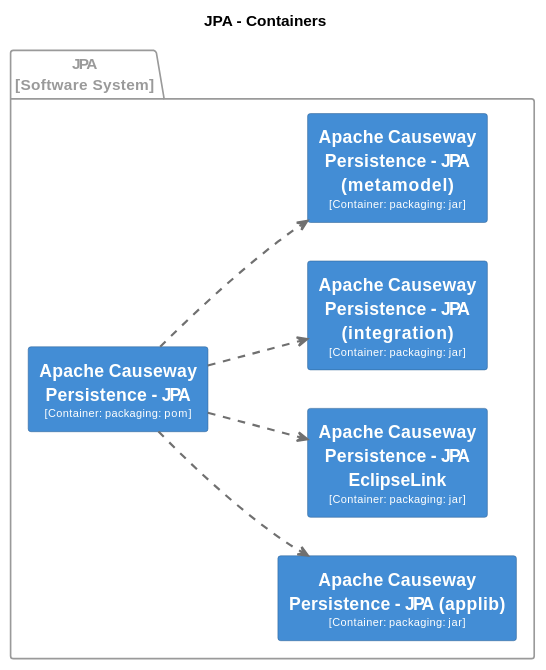
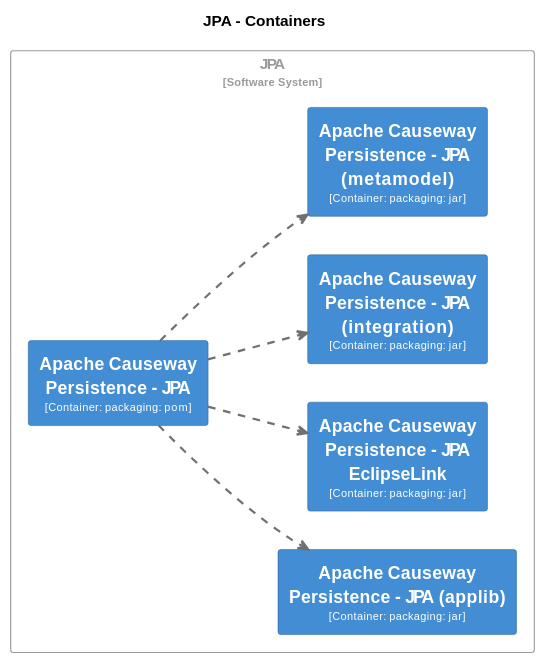
Before and after one commit to apache/causeway: the tenth of 31 diagrams in core/adoc/modules/_overview/pages/about.adoc, drawn with PlantUML. The commit also changed other lines of this file and 4 other files, not shown here.

```diff
--- a/core/adoc/modules/_overview/pages/about.adoc
+++ b/core/adoc/modules/_overview/pages/about.adoc
@@ -2063,61 +2305,61 @@
 [plantuml,JPA,svg]
 ----
 @startuml
 set separator none
 title JPA - Containers
 
 left to right direction
 
 skinparam {
   shadowing false
   arrowFontSize 10
   defaultTextAlignment center
   wrapWidth 200
   maxMessageSize 100
 }
 
 hide stereotype
 
 skinparam rectangle<<JPA.ApacheCausewayPersistenceJPA>> {
   BackgroundColor #438dd5
   FontColor #fffffe
   BorderColor #2e6295
 }
 skinparam rectangle<<JPA.ApacheCausewayPersistenceJPAapplib>> {
   BackgroundColor #438dd5
   FontColor #fffffe
   BorderColor #2e6295
 }
 skinparam rectangle<<JPA.ApacheCausewayPersistenceJPAintegration>> {
   BackgroundColor #438dd5
   FontColor #fffffe
   BorderColor #2e6295
 }
 skinparam rectangle<<JPA.ApacheCausewayPersistenceJPAmetamodel>> {
   BackgroundColor #438dd5
   FontColor #fffffe
   BorderColor #2e6295
 }
 skinparam rectangle<<JPA.ApacheCausewayPersistenceJPAEclipseLink>> {
   BackgroundColor #438dd5
   FontColor #fffffe
   BorderColor #2e6295
 }
 
-package "JPA\n[Software System]" <<JPA>> {
-  skinparam PackageBorderColor<<JPA>> #9a9a9a
-  skinparam PackageFontColor<<JPA>> #9a9a9a
+rectangle "JPA\n<size:10>[Software System]</size>" <<JPA>> {
+  skinparam RectangleBorderColor<<JPA>> #9a9a9a
+  skinparam RectangleFontColor<<JPA>> #9a9a9a
 
   rectangle "==Apache Causeway Persistence - JPA\n<size:10>[Container: packaging: pom]</size>" <<JPA.ApacheCausewayPersistenceJPA>> as JPA.ApacheCausewayPersistenceJPA
   rectangle "==Apache Causeway Persistence - JPA (applib)\n<size:10>[Container: packaging: jar]</size>" <<JPA.ApacheCausewayPersistenceJPAapplib>> as JPA.ApacheCausewayPersistenceJPAapplib
   rectangle "==Apache Causeway Persistence - JPA EclipseLink\n<size:10>[Container: packaging: jar]</size>" <<JPA.ApacheCausewayPersistenceJPAEclipseLink>> as JPA.ApacheCausewayPersistenceJPAEclipseLink
   rectangle "==Apache Causeway Persistence - JPA (integration)\n<size:10>[Container: packaging: jar]</size>" <<JPA.ApacheCausewayPersistenceJPAintegration>> as JPA.ApacheCausewayPersistenceJPAintegration
   rectangle "==Apache Causeway Persistence - JPA (metamodel)\n<size:10>[Container: packaging: jar]</size>" <<JPA.ApacheCausewayPersistenceJPAmetamodel>> as JPA.ApacheCausewayPersistenceJPAmetamodel
 }
 
 JPA.ApacheCausewayPersistenceJPA .[#707070,thickness=2].> JPA.ApacheCausewayPersistenceJPAmetamodel : "<color:#707070>"
 JPA.ApacheCausewayPersistenceJPA .[#707070,thickness=2].> JPA.ApacheCausewayPersistenceJPAapplib : "<color:#707070>"
 JPA.ApacheCausewayPersistenceJPA .[#707070,thickness=2].> JPA.ApacheCausewayPersistenceJPAEclipseLink : "<color:#707070>"
 JPA.ApacheCausewayPersistenceJPA .[#707070,thickness=2].> JPA.ApacheCausewayPersistenceJPAintegration : "<color:#707070>"
 @enduml
 ----
```
